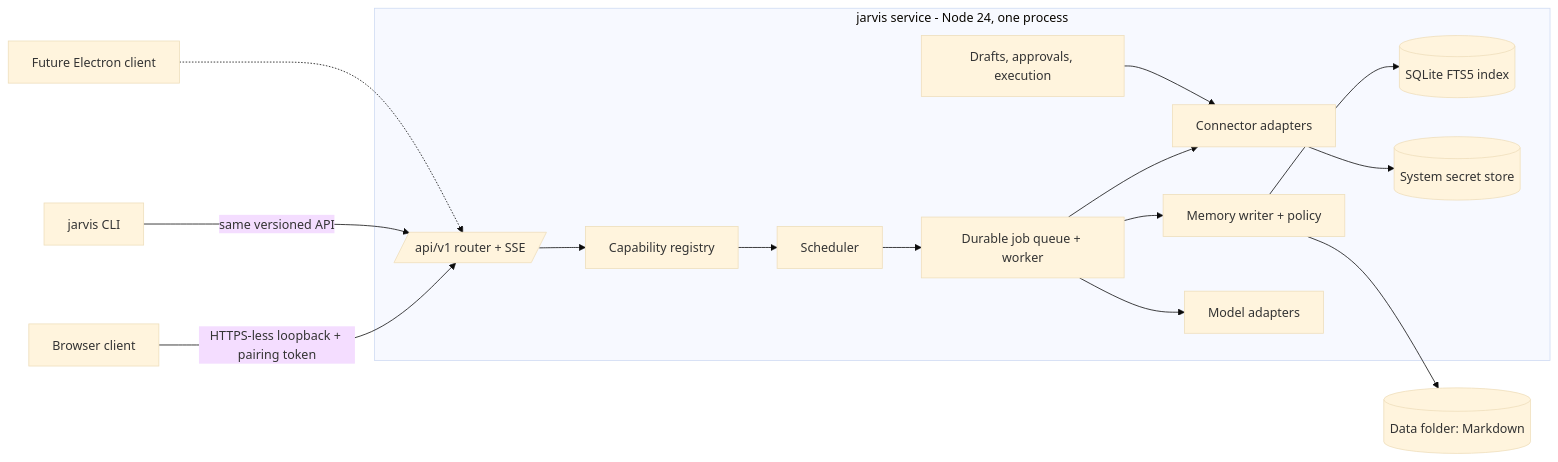
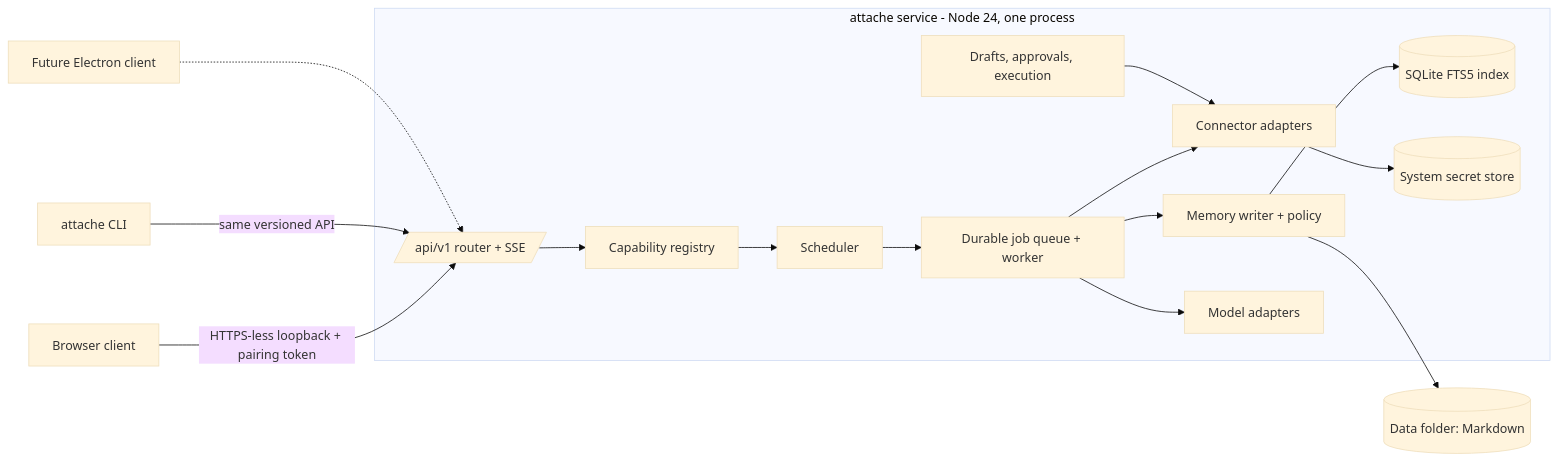
The diagram in docs/architecture.md (emilchristensen/attache), drawn with Mermaid (base theme) before and after one commit. The commit also changed other lines of this file and 327 other files, not shown here.

First line of the commit message:
refactor: rename Jarvis to Attache

````diff
--- a/docs/architecture.md
+++ b/docs/architecture.md
@@ -7,24 +7,24 @@
 ```mermaid
 flowchart LR
   Browser[Browser client] -- HTTPS-less loopback + pairing token --> API
-  CLI[jarvis CLI] -- same versioned API --> API
+  CLI[attache CLI] -- same versioned API --> API
   Electron[Future Electron client] -.-> API
-  subgraph Service[jarvis service - Node 24, one process]
+  subgraph Service[attache service - Node 24, one process]
     API[/api/v1 router + SSE/]
     Registry[Capability registry]
     Memory[Memory writer + policy]
     Index[(SQLite FTS5 index)]
     Jobs[Durable job queue + worker]
     Sched[Scheduler]
     Actions[Drafts, approvals, execution]
     Conn[Connector adapters]
     Models[Model adapters]
     Creds[(System secret store)]
   end
   API --> Registry --> Sched --> Jobs
   Jobs --> Conn & Models & Memory
   Memory --> Vault[(Data folder: Markdown)]
   Memory --> Index
   Actions --> Conn
   Conn --> Creds
 ```
````
